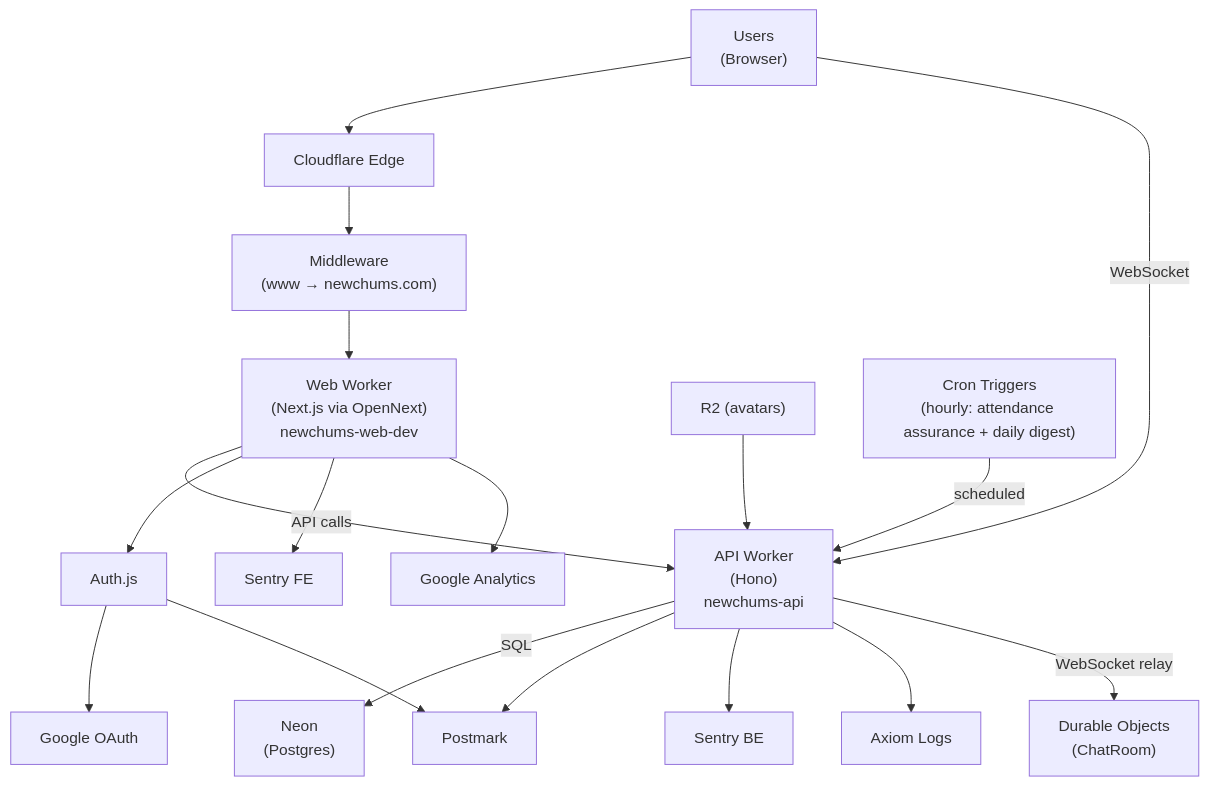
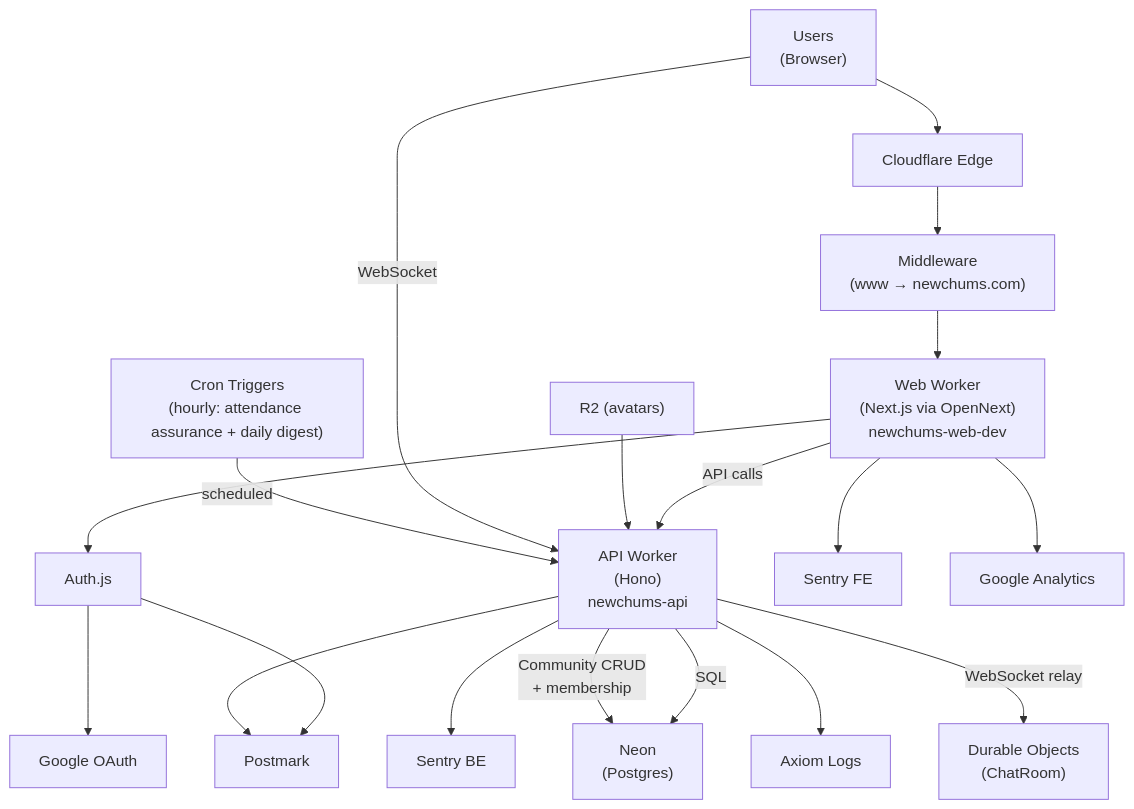
One commit to RSS705/newchums changed the fourth of 4 diagrams in docs/System_Map.md. Above: the diagram before and after it, drawn with Mermaid. The commit also changed other lines of this file and 29 other files, not shown here.

````diff
--- a/docs/System_Map.md
+++ b/docs/System_Map.md
@@ -279,25 +299,27 @@
 ```mermaid
 flowchart TB
   U["Users<br/>(Browser)"] --> CF["Cloudflare Edge"]
   CF --> MW["Middleware<br/>(www → newchums.com)"]
   MW --> W["Web Worker<br/>(Next.js via OpenNext)<br/>newchums-web-dev"]
 
   W -->|"API calls"| API["API Worker<br/>(Hono)<br/>newchums-api"]
   API -->|"SQL"| DB["Neon<br/>(Postgres)"]
 
   W --> AUTH["Auth.js"]
   AUTH --> GOOGLE["Google OAuth"]
   AUTH --> PM["Postmark"]
 
   API --> PM
 
   W --> SENTRY_FE["Sentry FE"]
   API --> SENTRY_BE["Sentry BE"]
   API --> AX["Axiom Logs"]
   W --> GA["Google Analytics"]
 
   R2["R2 (avatars)"] --> API
   API -->|"WebSocket relay"| DO["Durable Objects<br/>(ChatRoom)"]
   U -->|"WebSocket"| API
   CRON["Cron Triggers<br/>(hourly: attendance assurance + daily digest)"] -->|"scheduled"| API
+
+  API -->|"Community CRUD<br/>+ membership"| DB
 ```
````
